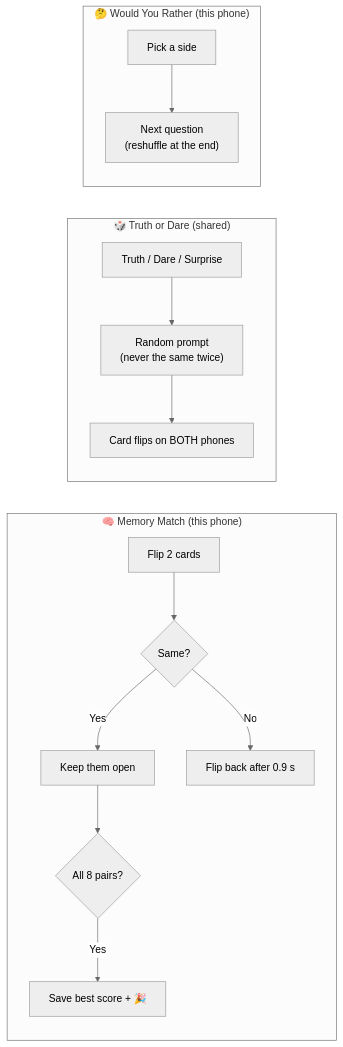
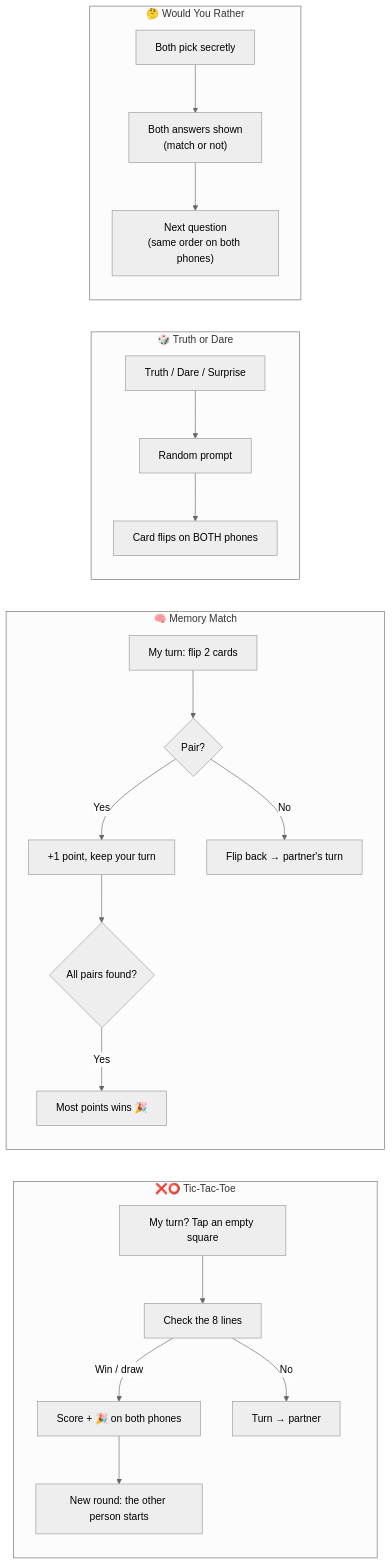
One commit to silent-coder-dev/private-space changed diagram 20 of 27 in front-end/doc/04-flowcharts.md. Above: the diagram before and after it, drawn with Mermaid (neutral theme). The commit also changed other lines of this file and 144 other files, not shown here.

````diff
--- a/front-end/doc/04-flowcharts.md
+++ b/front-end/doc/04-flowcharts.md
@@ -315,16 +428,22 @@
 ```mermaid
 flowchart LR
-    subgraph Memory["🧠 Memory Match (this phone)"]
-      M1["Flip 2 cards"] --> M2{"Same?"}
-      M2 -->|"Yes"| M3["Keep them open"]
-      M2 -->|"No"| M4["Flip back after 0.9 s"]
-      M3 --> M5{"All 8 pairs?"}
-      M5 -->|"Yes"| M6["Save best score + 🎉"]
+    subgraph TTT["❌⭕ Tic-Tac-Toe"]
+      A1["My turn? Tap an empty square"] --> A2["Check the 8 lines"]
+      A2 -->|"Win / draw"| A3["Score + 🎉 on both phones"]
+      A2 -->|"No"| A4["Turn → partner"]
+      A3 --> A5["New round: the other person starts"]
     end
-    subgraph TOD["🎲 Truth or Dare (shared)"]
-      T1["Truth / Dare / Surprise"] --> T2["Random prompt<br/>(never the same twice)"] --> T3["Card flips on BOTH phones"]
+    subgraph MEM["🧠 Memory Match"]
+      M1["My turn: flip 2 cards"] --> M2{"Pair?"}
+      M2 -->|"Yes"| M3["+1 point, keep your turn"]
+      M2 -->|"No"| M4["Flip back → partner's turn"]
+      M3 --> M5{"All pairs found?"}
+      M5 -->|"Yes"| M6["Most points wins 🎉"]
     end
-    subgraph WYR["🤔 Would You Rather (this phone)"]
-      W1["Pick a side"] --> W2["Next question<br/>(reshuffle at the end)"]
+    subgraph TOD["🎲 Truth or Dare"]
+      T1["Truth / Dare / Surprise"] --> T2["Random prompt"] --> T3["Card flips on BOTH phones"]
+    end
+    subgraph WYR["🤔 Would You Rather"]
+      W1["Both pick secretly"] --> W2["Both answers shown<br/>(match or not)"] --> W3["Next question<br/>(same order on both phones)"]
     end
 ```
````
